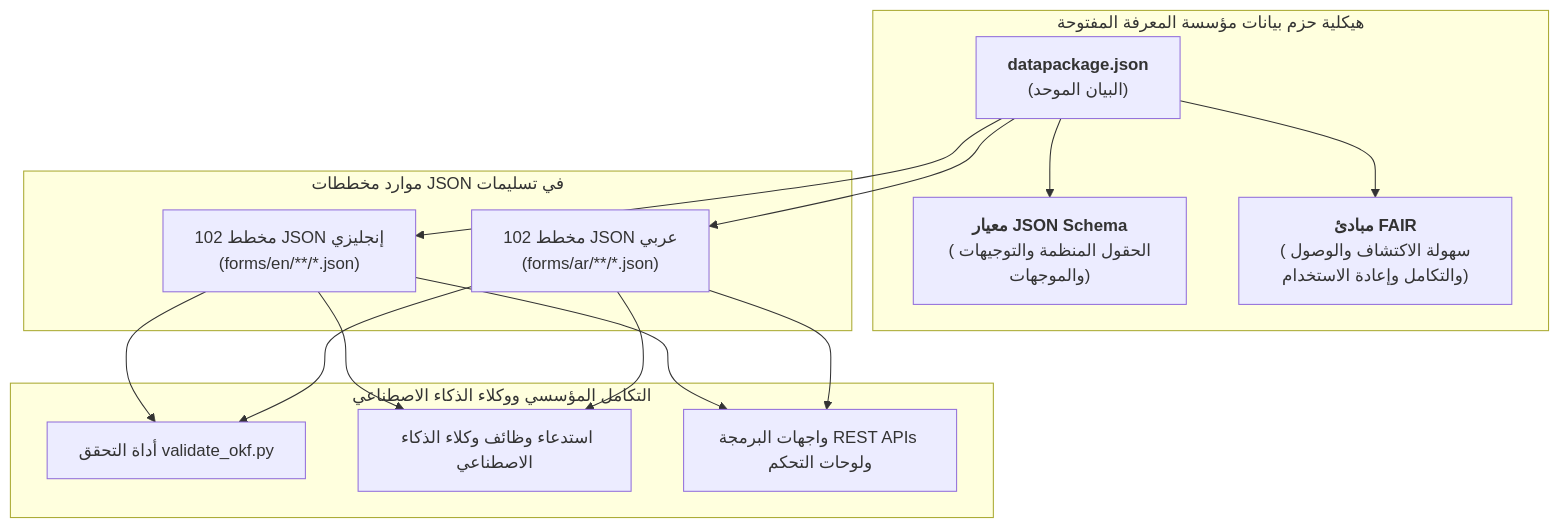
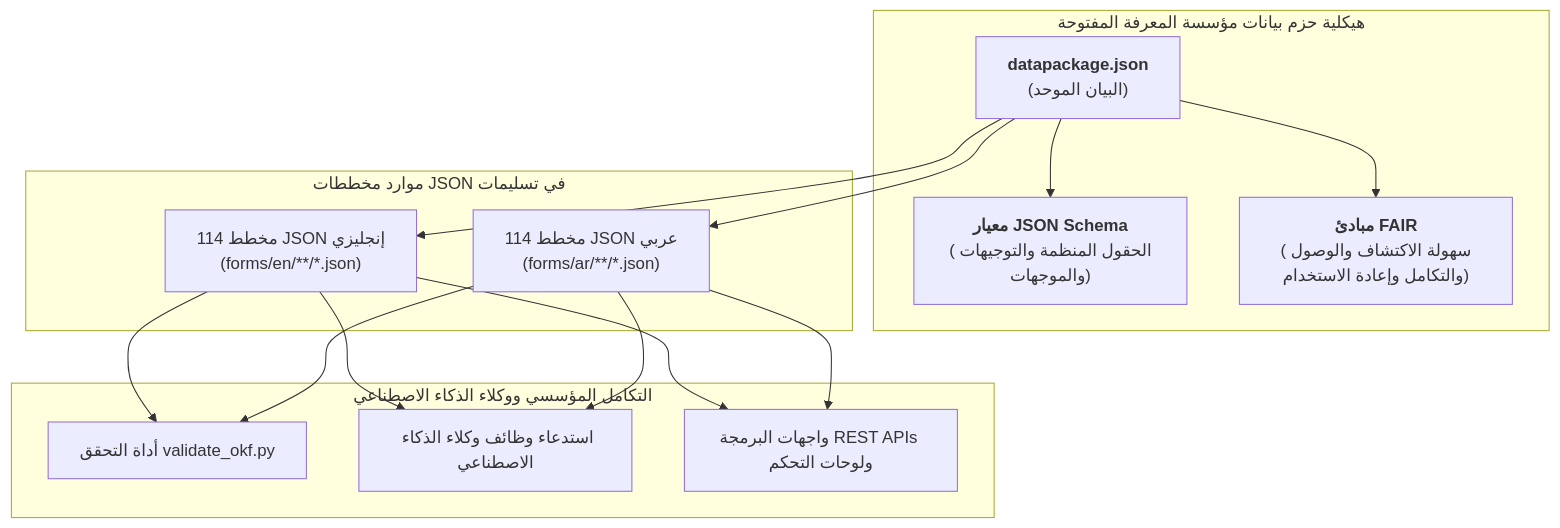
One commit to fakhruldeen/Tasleemat changed the diagram in docs/ar/12_open_knowledge_framework.md. Above: the diagram before and after it, drawn with Mermaid. The commit also changed other lines of this file and 48 other files, not shown here.

````diff
--- a/docs/ar/12_open_knowledge_framework.md
+++ b/docs/ar/12_open_knowledge_framework.md
@@ -36,26 +36,26 @@
 ```mermaid
 flowchart TD
     subgraph "هيكلية حزم بيانات مؤسسة المعرفة المفتوحة"
         DP["<b>datapackage.json</b><br/>(البيان الموحد)"]
         JS["<b>معيار JSON Schema</b><br/>(الحقول المنظمة والتوجيهات والموجهات)"]
         FAIR["<b>مبادئ FAIR</b><br/>(سهولة الاكتشاف والوصول والتكامل وإعادة الاستخدام)"]
         DP --> JS
         DP --> FAIR
     end
 
     subgraph "موارد مخططات JSON في تسليمات"
-        EN_RES["102 مخطط JSON إنجليزي<br/>(forms/en/**/*.json)"]
-        AR_RES["102 مخطط JSON عربي<br/>(forms/ar/**/*.json)"]
+        EN_RES["114 مخطط JSON إنجليزي<br/>(forms/en/**/*.json)"]
+        AR_RES["114 مخطط JSON عربي<br/>(forms/ar/**/*.json)"]
         DP --> EN_RES
         DP --> AR_RES
     end
 
     subgraph "التكامل المؤسسي ووكلاء الذكاء الاصطناعي"
         V["أداة التحقق validate_okf.py"]
         LLM["استدعاء وظائف وكلاء الذكاء الاصطناعي"]
         API["واجهات البرمجة REST APIs ولوحات التحكم"]
         EN_RES & AR_RES --> V
         EN_RES & AR_RES --> LLM
         EN_RES & AR_RES --> API
     end
 ```
````
